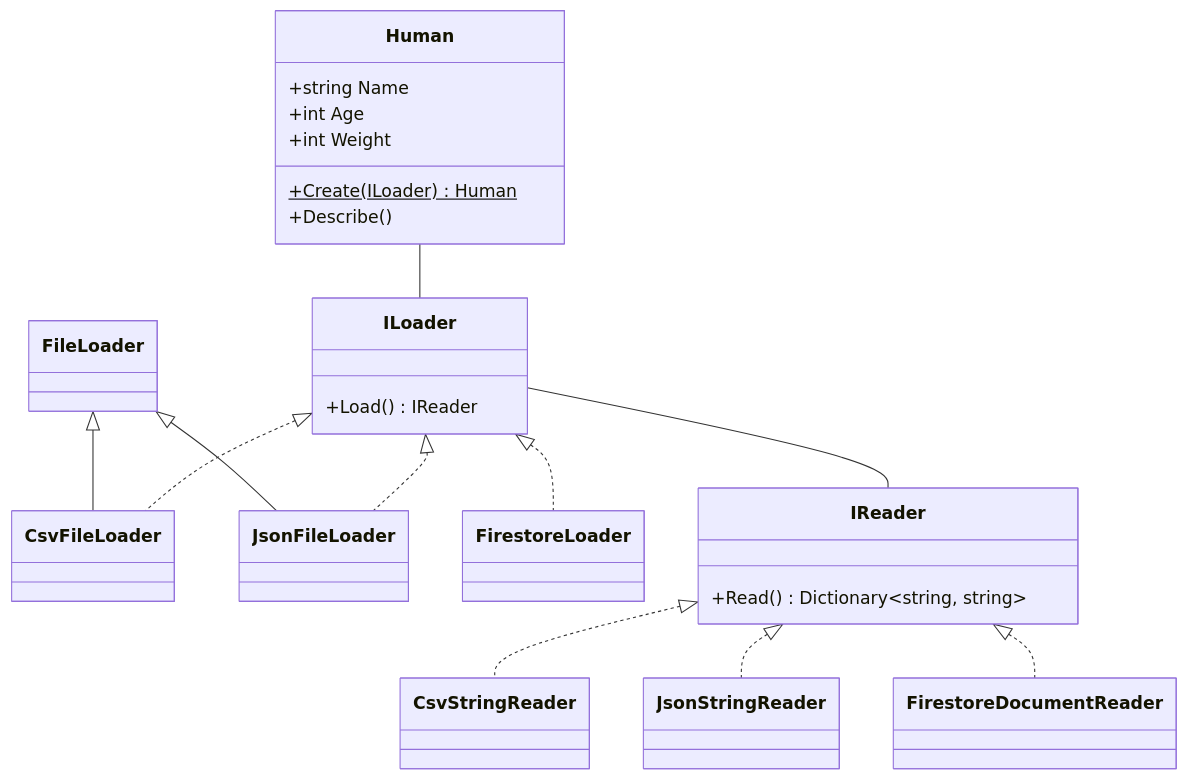
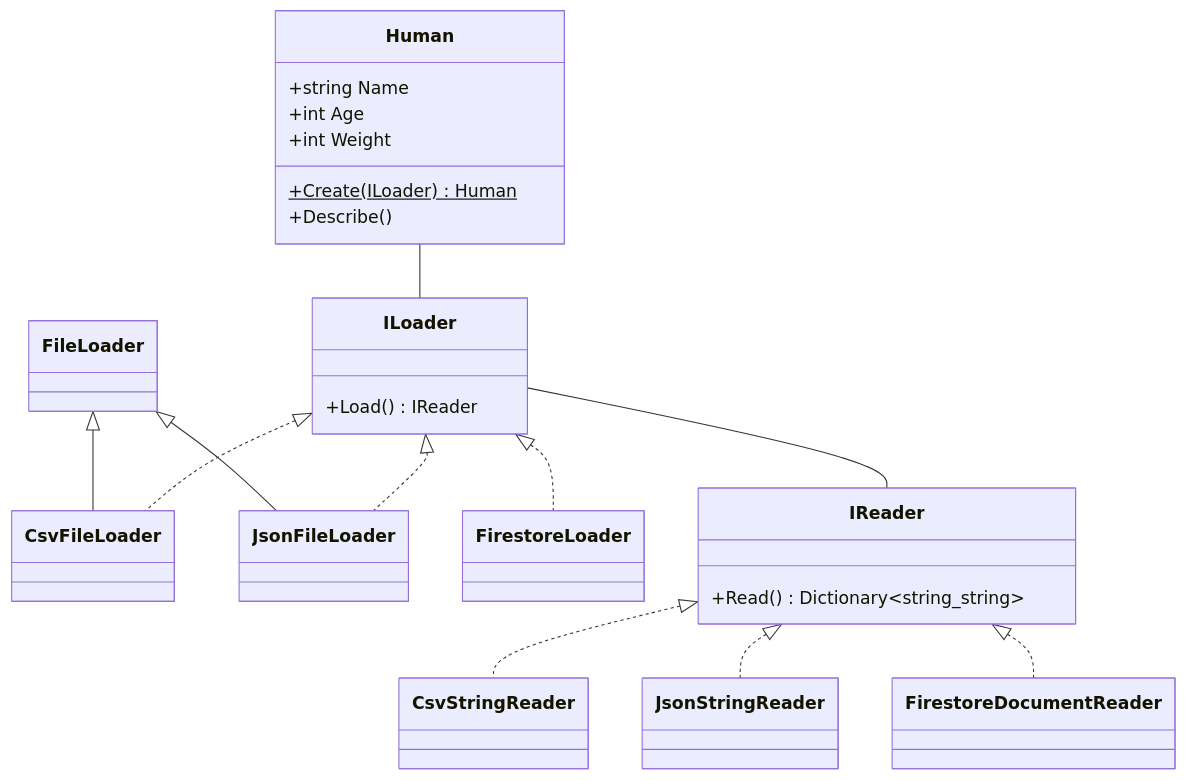
The sixth of 6 diagrams in articles/asuka-cs-1-7-dependson.md (kmycode/zenn-articles), drawn with Mermaid before and after one commit. The commit also changed other lines of this file and 4 other files, not shown here.

````diff
--- a/articles/asuka-cs-1-7-dependson.md
+++ b/articles/asuka-cs-1-7-dependson.md
@@ -559,26 +555,26 @@
 ```mermaid
 classDiagram
   FileLoader <|-- CsvFileLoader
   FileLoader <|-- JsonFileLoader
   ILoader <|.. CsvFileLoader
   ILoader <|.. JsonFileLoader
   ILoader <|.. FirestoreLoader
   IReader <|.. CsvStringReader
   IReader <|.. JsonStringReader
   IReader <|.. FirestoreDocumentReader
   Human -- ILoader
   ILoader -- IReader
   class Human {
     +string Name
     +int Age
     +int Weight
     +Create(ILoader)$ Human
     +Describe()
   }
   class ILoader {
     +Load() IReader
   }
   class IReader {
-    +Read() Dictionary~string, string~
+    +Read() Dictionary~string_string~
   }
 ```
````
